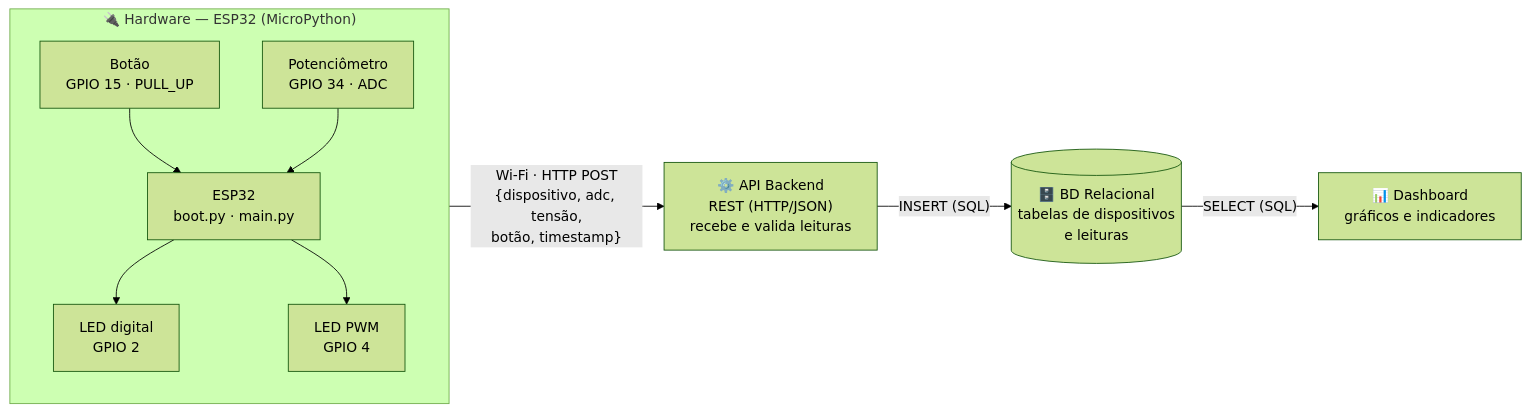
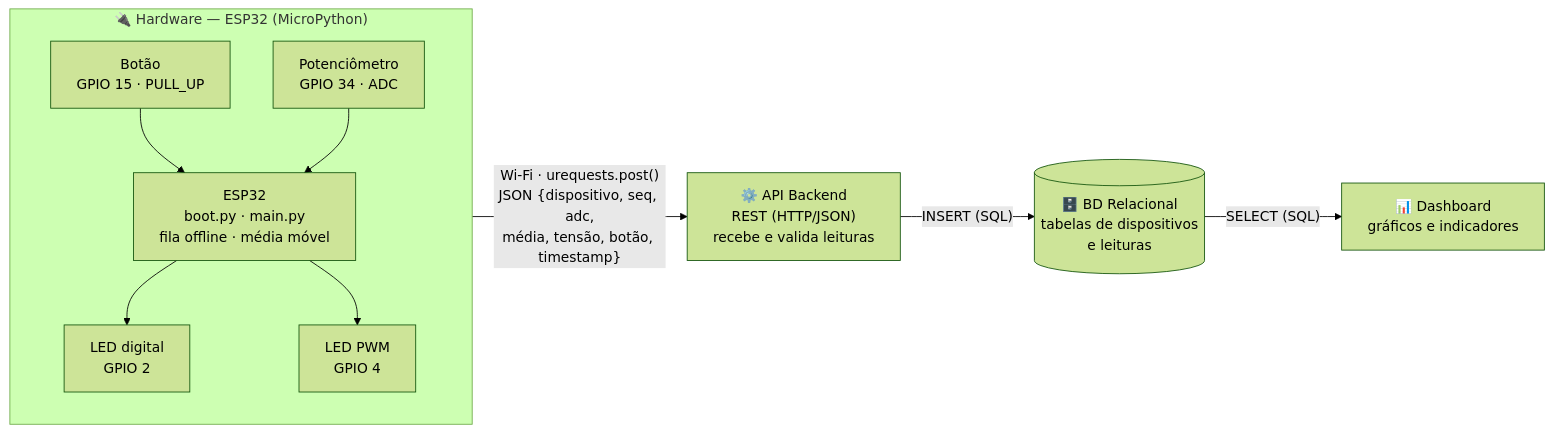
The diagram in docs/arquitetura.md (RedAkasha/telemetria-esp32-equipenexusdata), drawn with Mermaid (forest theme) before and after one commit. The commit also changed other lines of this file and 10 other files, not shown here.

First line of the commit message:
Telemetria: sensores, atuadores, fila offline e envio JSON

````diff
--- a/docs/arquitetura.md
+++ b/docs/arquitetura.md
@@ -5,23 +5,23 @@
 ```mermaid
 flowchart LR
     subgraph HW["🔌 Hardware — ESP32 (MicroPython)"]
         direction TB
         S1["Botão<br/>GPIO 15 · PULL_UP"]
         S2["Potenciômetro<br/>GPIO 34 · ADC"]
         A1["LED digital<br/>GPIO 2"]
         A2["LED PWM<br/>GPIO 4"]
-        MCU["ESP32<br/>boot.py · main.py"]
+        MCU["ESP32<br/>boot.py · main.py<br/>fila offline · média móvel"]
         S1 --> MCU
         S2 --> MCU
         MCU --> A1
         MCU --> A2
     end
 
     API["⚙️ API Backend<br/>REST (HTTP/JSON)<br/>recebe e valida leituras"]
     DB[("🗄️ BD Relacional<br/>tabelas de dispositivos<br/>e leituras")]
     DASH["📊 Dashboard<br/>gráficos e indicadores"]
 
-    MCU -- "Wi-Fi · HTTP POST<br/>{dispositivo, adc, tensão,<br/>botão, timestamp}" --> API
+    MCU -- "Wi-Fi · urequests.post()<br/>JSON {dispositivo, seq, adc,<br/>média, tensão, botão, timestamp}" --> API
     API -- "INSERT (SQL)" --> DB
     DB -- "SELECT (SQL)" --> DASH
 ```
````
